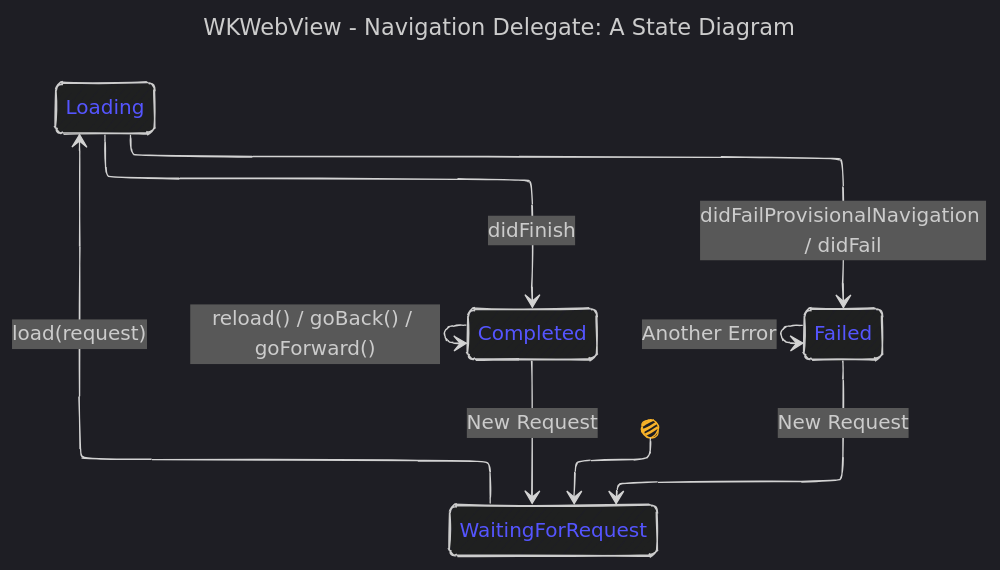
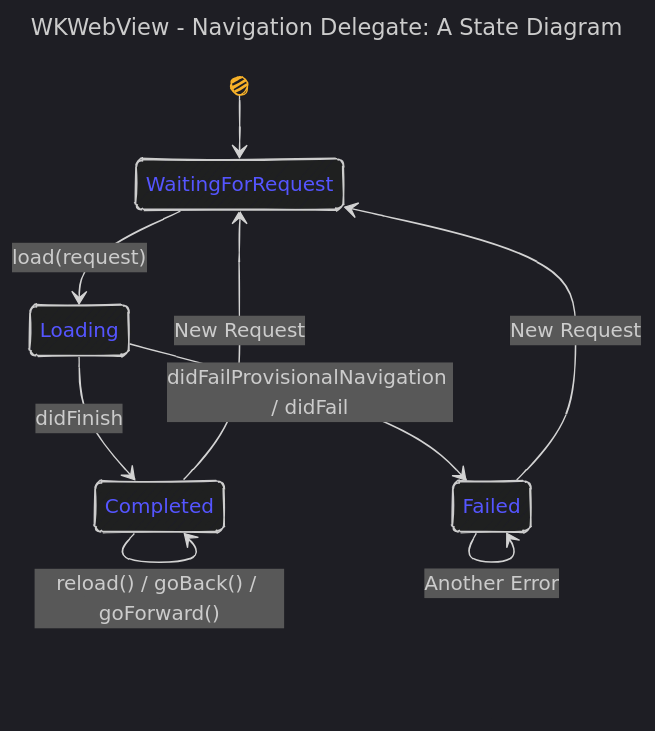
Before and after one commit to CongLeSolutionX/Apple-Frameworks-in-Mermaid-Diagrams: the fourth of 8 diagrams in Apple-frameworks/WKWebView.md, drawn with Mermaid.

Commit message:
update notes

````diff
--- a/Apple-frameworks/WKWebView.md
+++ b/Apple-frameworks/WKWebView.md
@@ -325,41 +325,40 @@
 ```mermaid
 ---
 title: "WKWebView - Navigation Delegate: A State Diagram"
 author: "Cong Le"
 version: "1.0"
 license(s): "MIT, CC BY 4.0"
 copyright: "Copyright (c) 2025 Cong Le. All Rights Reserved."
 config:
-  layout: elk
   look: handDrawn
   theme: dark
 ---
-%%%%%%%% Mermaid version v11.4.1-b.14
+%%%%%%%% Note: use Mermaid version v11.4.1-b.14 to use option `layout: elk`
 %%%%%%%% Toggle theme value to `base` to activate the initilization below for the customized theme version.
 %%%%%%%% Available curve styles include the following keywords:
 %% basis, bumpX, bumpY, cardinal, catmullRom, linear, monotoneX, monotoneY, natural, step, stepAfter, stepBefore.
 %%{
   init: {
     "stateDiagram": { "htmlLabels": false, 'curve': 'linear' },
     'fontFamily': 'Fantasy',
     'themeVariables': {
       'primaryColor': '#ffff',
       'primaryTextColor': '#55ff',
       'primaryBorderColor': '#7c2',
       'lineColor': '#F8B229',
       'secondaryColor': '#006100',
       'tertiaryColor': '#fff'
     }
   }
 }%%
 stateDiagram
     [*] --> WaitingForRequest
     WaitingForRequest --> Loading : load(request)
     Loading --> Completed : didFinish
     Loading --> Failed : didFailProvisionalNavigation / didFail
     Completed --> WaitingForRequest : New Request
     Failed --> WaitingForRequest: New Request
     Failed --> Failed : Another Error
     Completed --> Completed: reload() / goBack() / goForward()
     
 ```
````
